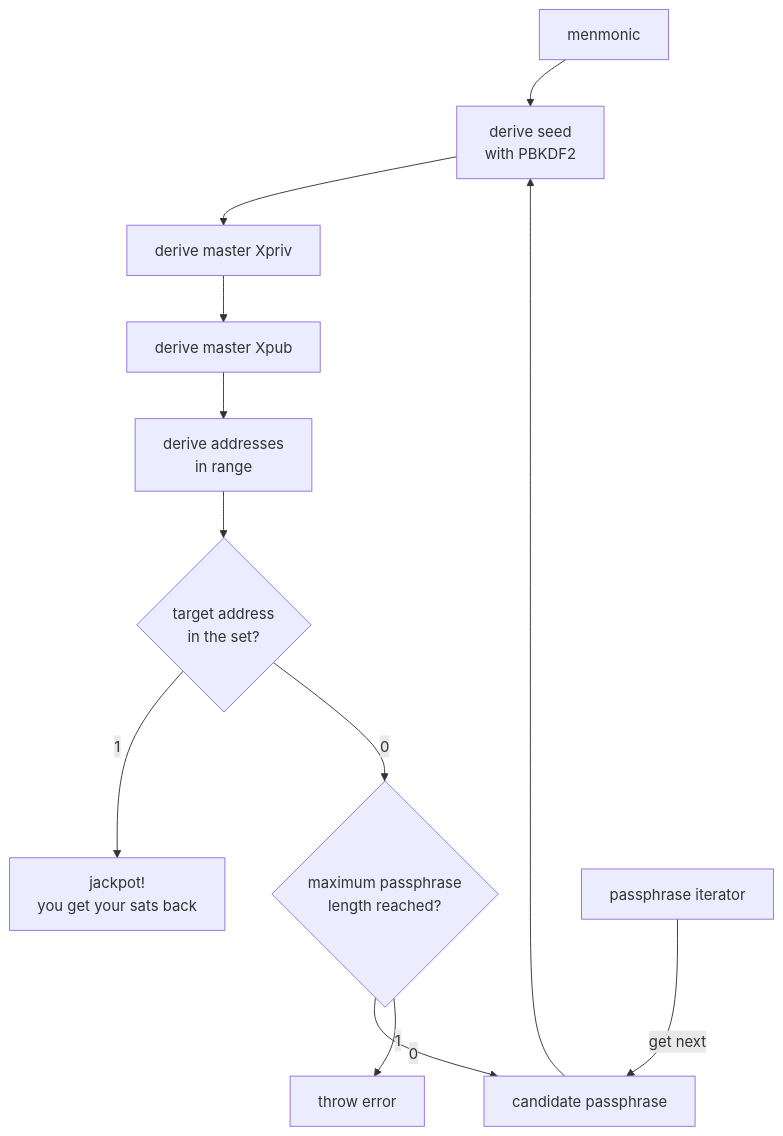
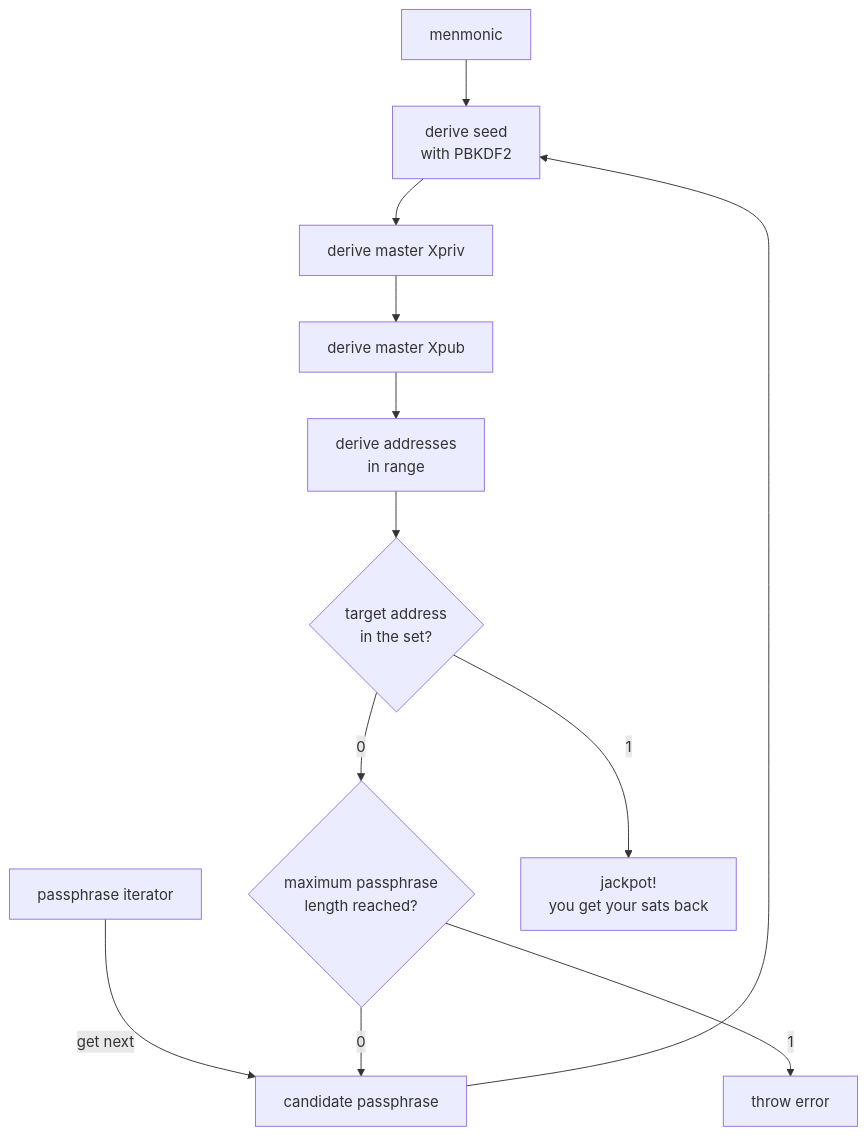
One commit to luisschwab/hashsat changed the diagram in README.md. Above: the diagram before and after it, drawn with Mermaid. The commit also changed other lines of this file and 7 other files, not shown here.

````diff
--- a/README.md
+++ b/README.md
@@ -11,28 +17,26 @@
 ```mermaid
 flowchart TD
     A[menmonic]
     B[passphrase iterator]
     C[candidate passphrase]
     D[derive seed<br/>with PBKDF2]
     E[derive master Xpriv]
     F[derive master Xpub]
     G[derive addresses<br/>in range]
     H@{ shape: diamond, label: target address<br/>in the set?}
     I@{ shape: diamond, label: maximum passphrase<br/>length reached?}
     J[jackpot!<br/>you get your sats back]
     K[throw error]
 
     B -- get next --> C
     A & C --> D
     D --> E
     E --> F
     F --> G
     G --> H
     H -- 1 --> J
     H -- 0 --> I
     I -- 0 --> C
     I -- 1 --> K
 
-    A ~~~ B
-    C ~~~ D
 ```
````
